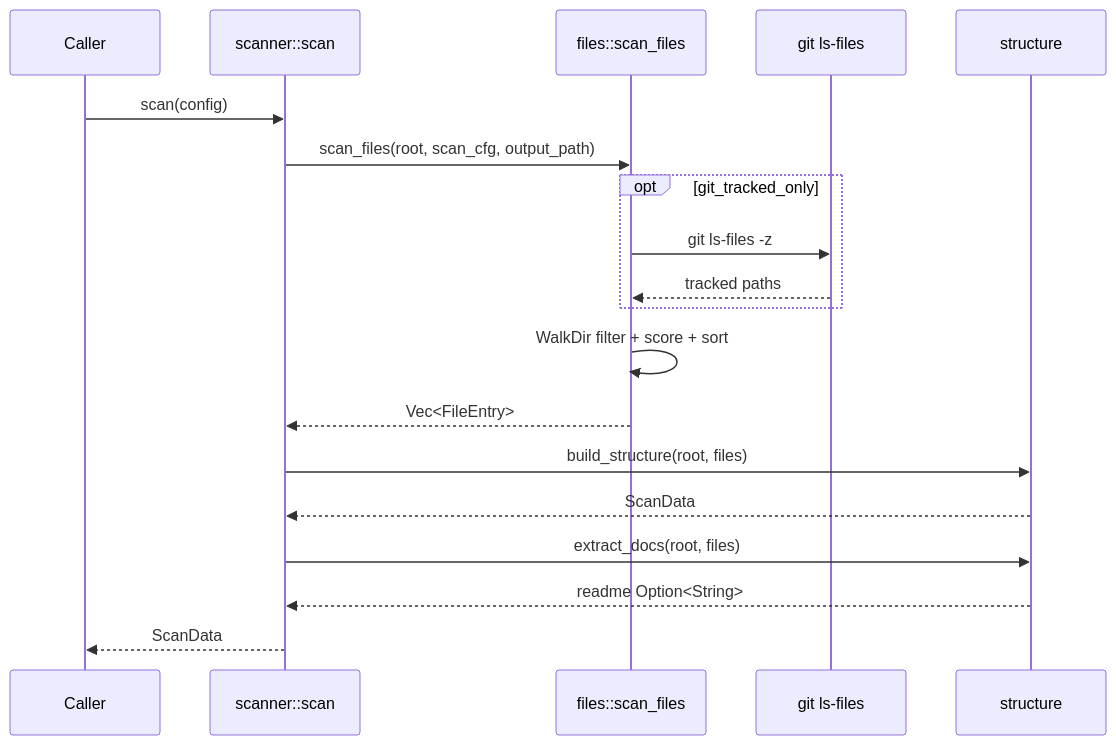
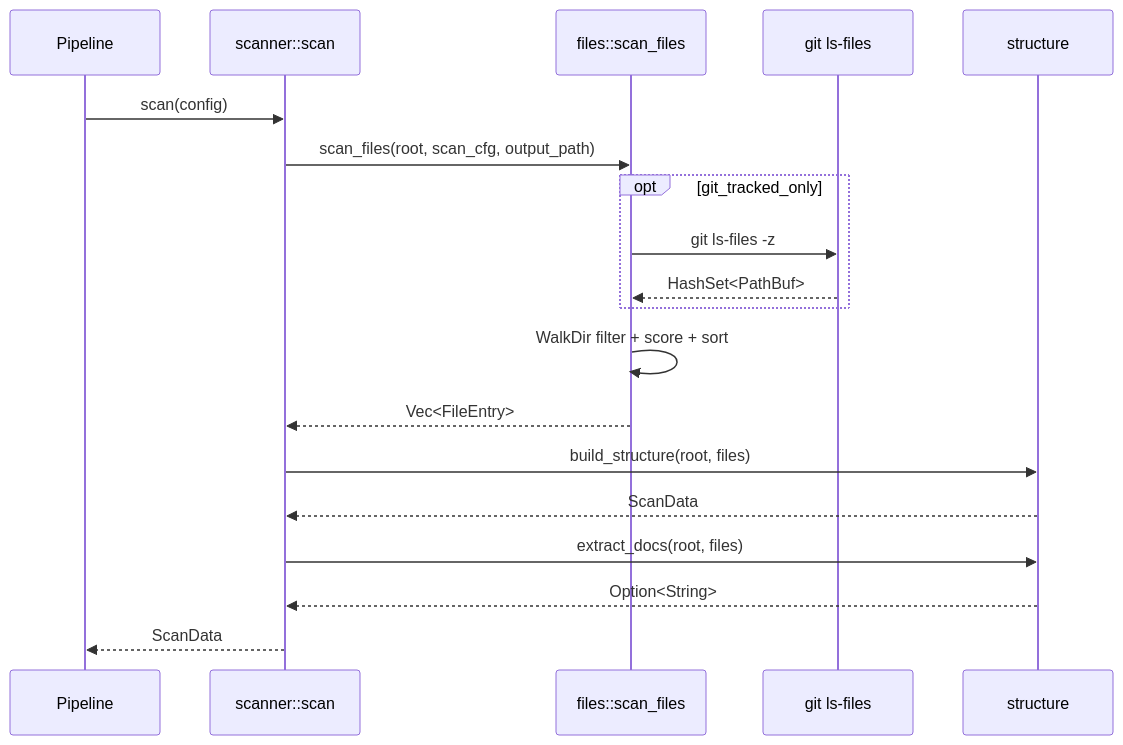
The second of 2 diagrams in docs/vi/4.Deep-Exploration/Repository Scanning.md (tidusvn05/agentwiki), drawn with Mermaid before and after one commit. The commit also changed other lines of this file and 10 other files, not shown here.

````diff
--- a/docs/vi/4.Deep-Exploration/Repository Scanning.md
+++ b/docs/vi/4.Deep-Exploration/Repository Scanning.md
@@ -59,21 +84,21 @@
 ```mermaid
 sequenceDiagram
-    participant C as Caller
+    participant C as Pipeline
     participant S as scanner::scan
     participant F as files::scan_files
     participant G as git ls-files
     participant T as structure
     C->>S: scan(config)
     S->>F: scan_files(root, scan_cfg, output_path)
     opt git_tracked_only
         F->>G: git ls-files -z
-        G-->>F: tracked paths
+        G-->>F: HashSet<PathBuf>
     end
     F->>F: WalkDir filter + score + sort
     F-->>S: Vec<FileEntry>
     S->>T: build_structure(root, files)
     T-->>S: ScanData
     S->>T: extract_docs(root, files)
-    T-->>S: readme Option<String>
+    T-->>S: Option<String>
     S-->>C: ScanData
 ```
````
